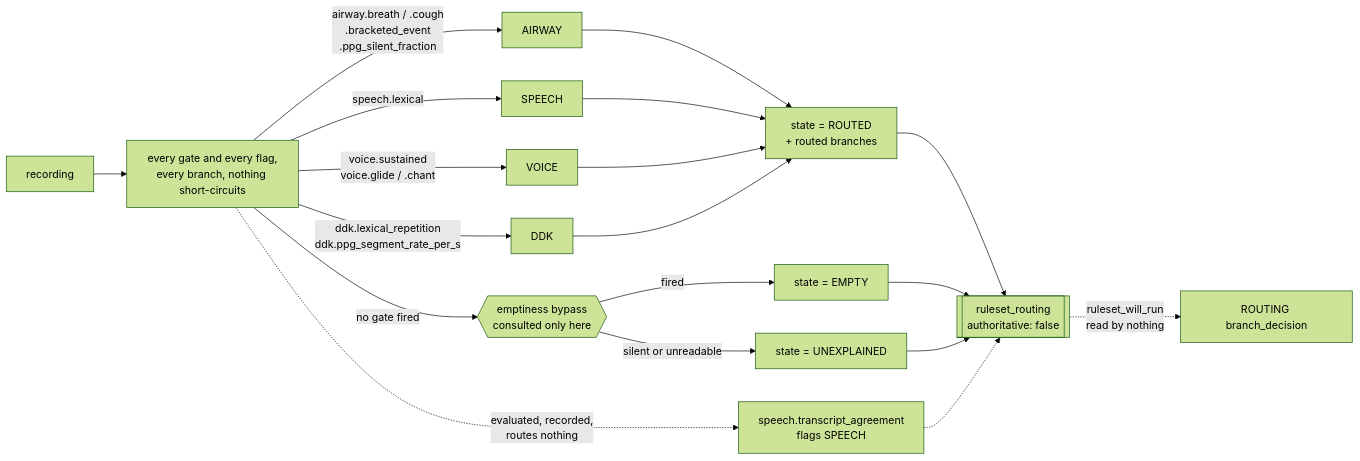
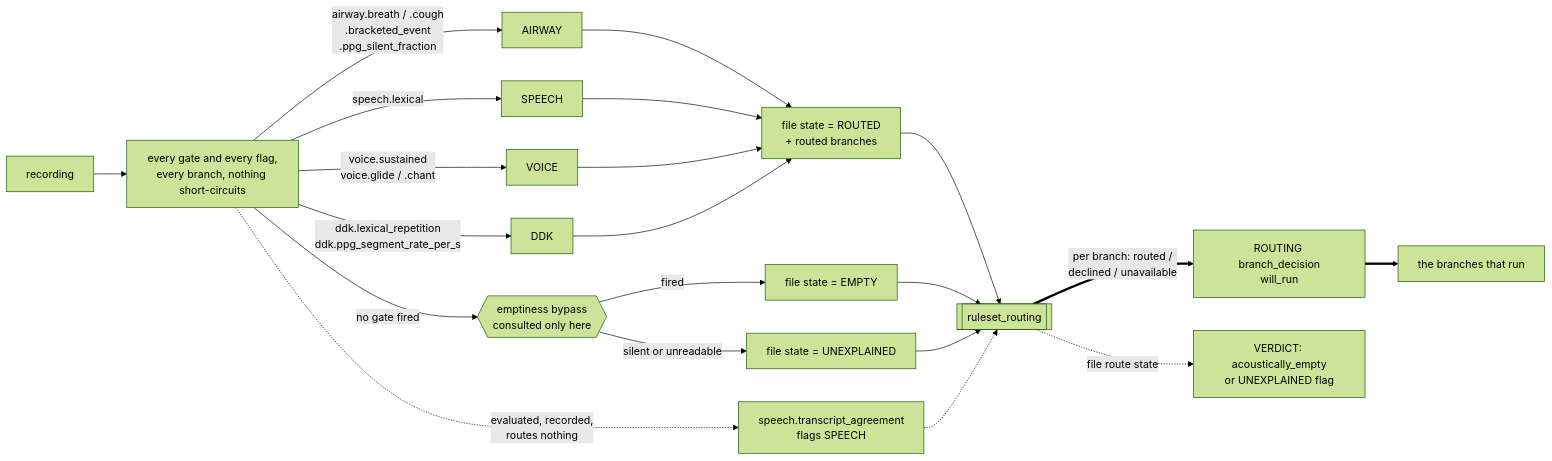
The second of 2 diagrams in specs/20260817-triage-workflow-dag/dag.md (sensein/senselab), drawn with Mermaid (forest theme) before and after one commit. The commit also changed other lines of this file and 29 other files, not shown here.

````diff
--- a/specs/20260817-triage-workflow-dag/dag.md
+++ b/specs/20260817-triage-workflow-dag/dag.md
@@ -889,21 +864,23 @@
 ```mermaid
 graph LR
   R["recording"] --> G["every gate and every flag,<br/>every branch, nothing short-circuits"]
   G -->|"airway.breath / .cough<br/>.bracketed_event<br/>.ppg_silent_fraction"| AIR["AIRWAY"]
   G -->|"speech.lexical"| SPE["SPEECH"]
   G -->|"voice.sustained<br/>voice.glide / .chant"| VOI["VOICE"]
   G -->|"ddk.lexical_repetition<br/>ddk.ppg_segment_rate_per_s"| DDK["DDK"]
   G -.->|"evaluated, recorded,<br/>routes nothing"| FL["speech.transcript_agreement<br/>flags SPEECH"]
   G -->|"no gate fired"| E{{"emptiness bypass<br/>consulted only here"}}
-  E -->|fired| EMP["state = EMPTY"]
-  E -->|"silent or unreadable"| UNX["state = UNEXPLAINED"]
-  AIR --> ST["state = ROUTED<br/>+ routed branches"]
+  E -->|fired| EMP["file state = EMPTY"]
+  E -->|"silent or unreadable"| UNX["file state = UNEXPLAINED"]
+  AIR --> ST["file state = ROUTED<br/>+ routed branches"]
   SPE --> ST
   VOI --> ST
   DDK --> ST
-  ST --> M[["ruleset_routing<br/>authoritative: false"]]
+  ST --> M[["ruleset_routing"]]
   EMP --> M
   UNX --> M
   FL -.-> M
-  M -.->|"ruleset_will_run<br/>read by nothing"| RO["ROUTING branch_decision"]
+  M ==>|"per branch: routed /<br/>declined / unavailable"| RO["ROUTING branch_decision<br/>will_run"]
+  M -.->|"file route state"| V["VERDICT: acoustically_empty<br/>or UNEXPLAINED flag"]
+  RO ==> B["the branches that run"]
 ```
````
